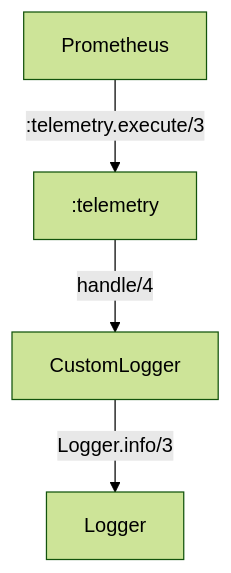
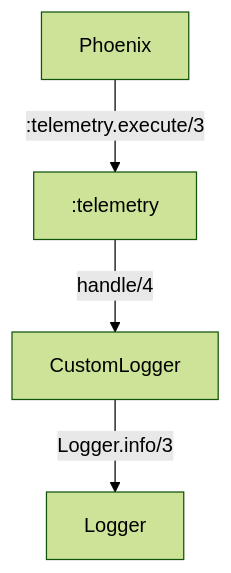
One commit to bamorim/presentations changed the second of 5 diagrams in 2022-elixir-conf-eu/diagrams.md. Above: the diagram before and after it, drawn with Mermaid (forest theme). The commit also changed other lines of this file and 5 other files, not shown here.

````diff
--- a/2022-elixir-conf-eu/diagrams.md
+++ b/2022-elixir-conf-eu/diagrams.md
@@ -10,6 +10,6 @@
 ```mermaid
 graph TB
-  P[Prometheus] --> |:telemetry.execute/3| T[:telemetry]
+  P[Phoenix] --> |:telemetry.execute/3| T[:telemetry]
   T --> |handle/4| CL[CustomLogger]
   CL --> |Logger.info/3| Logger
 ```
````
